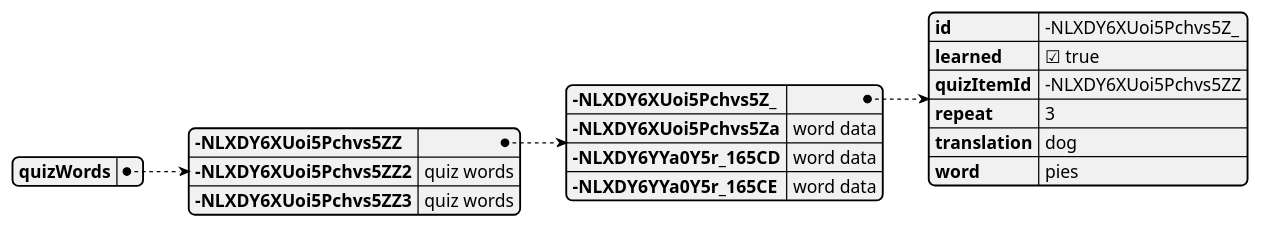
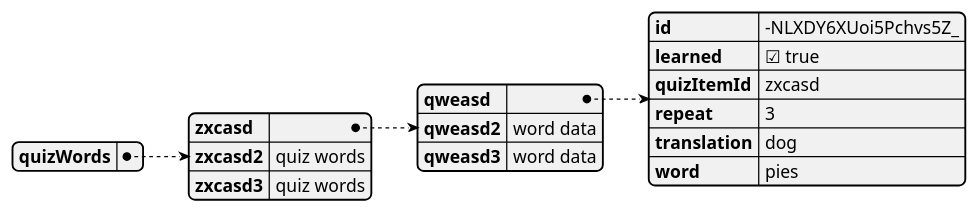
One commit to Reggar66/Simple-words changed the diagram in diagrams/data structure/quiz_words.puml. Above: the diagram before and after it, drawn with PlantUML. The commit also changed 1 other file, not shown here.

Commit message:
some diagrams

```diff
--- a/diagrams/data structure/quiz_words.puml
+++ b/diagrams/data structure/quiz_words.puml
@@ -1,21 +1,20 @@
 @startjson
 {
 "quizWords": {
-      "-NLXDY6XUoi5Pchvs5ZZ": {
-        "-NLXDY6XUoi5Pchvs5Z_": {
+      "zxcasd": {
+        "qweasd": {
           "id": "-NLXDY6XUoi5Pchvs5Z_",
           "learned": true,
-          "quizItemId": "-NLXDY6XUoi5Pchvs5ZZ",
+          "quizItemId": "zxcasd",
           "repeat": 3,
           "translation": "dog",
           "word": "pies"
         },
-        "-NLXDY6XUoi5Pchvs5Za": "word data",
-        "-NLXDY6YYa0Y5r_165CD": "word data",
-        "-NLXDY6YYa0Y5r_165CE": "word data"
+        "qweasd2": "word data",
+        "qweasd3": "word data"
       },
-      "-NLXDY6XUoi5Pchvs5ZZ2": "quiz words",
-      "-NLXDY6XUoi5Pchvs5ZZ3": "quiz words"
+      "zxcasd2": "quiz words",
+      "zxcasd3": "quiz words"
     }
 }
 @endjson
```
